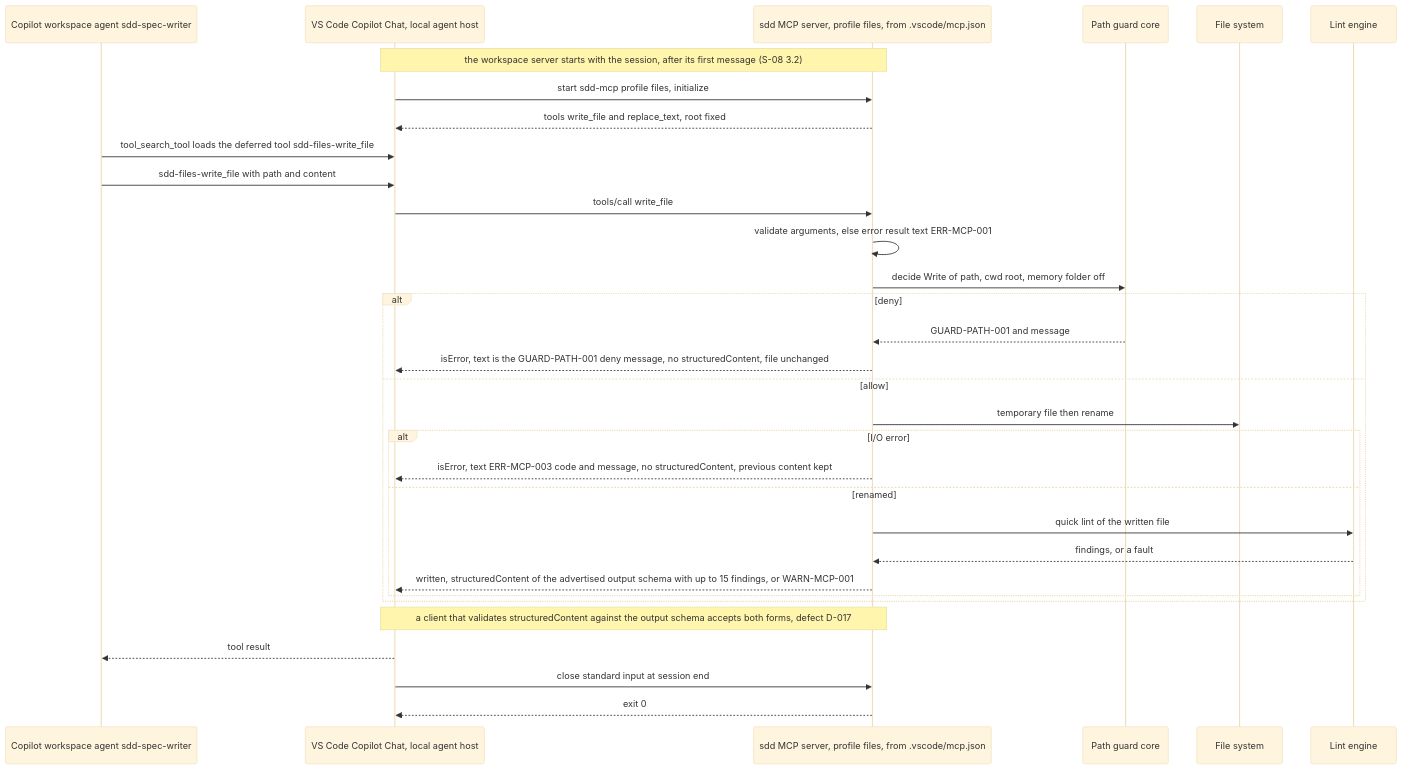
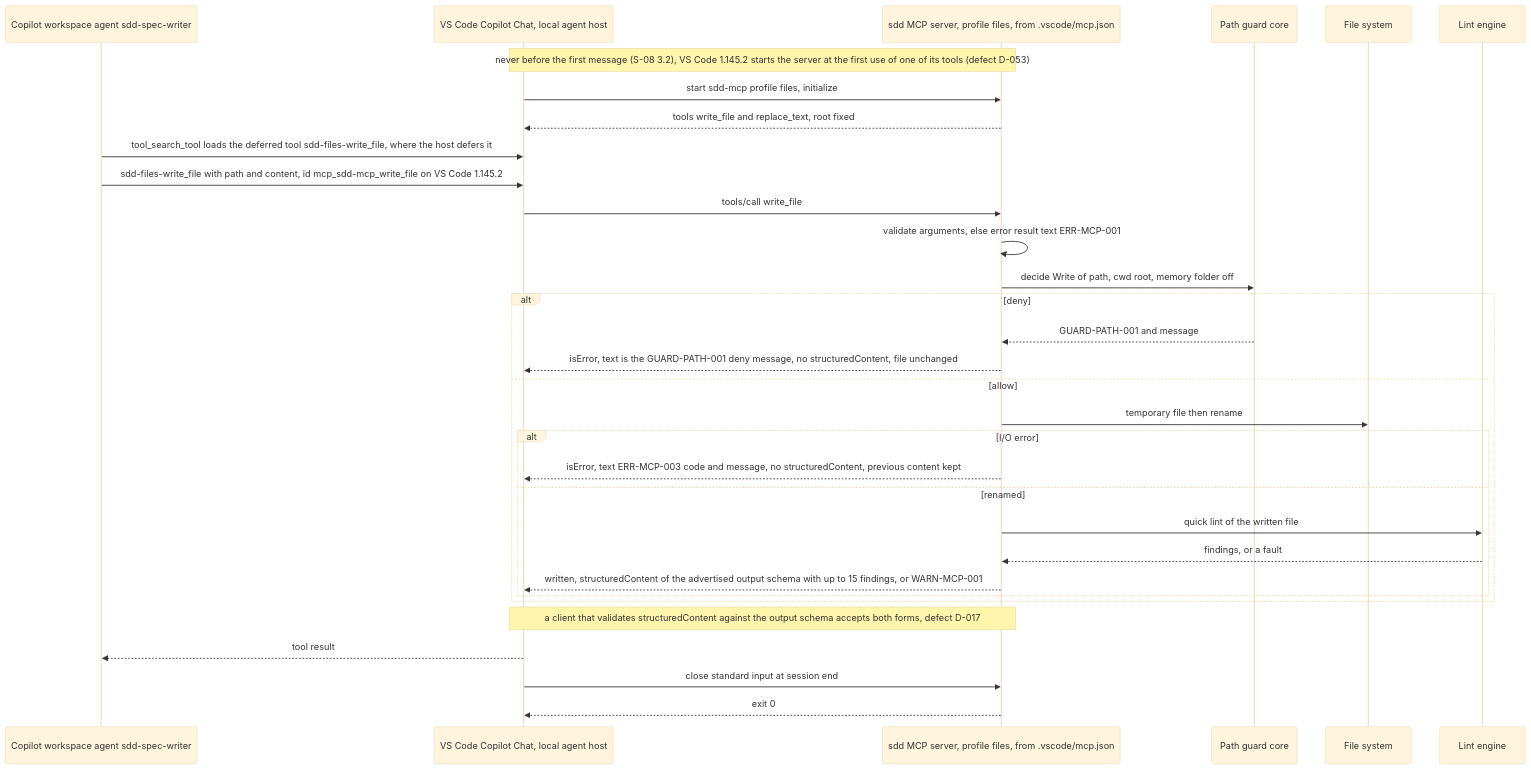
The fourth of 15 diagrams in .sdd/002-multi-platform-targets/10-spec/60-architecture/architecture.md (jlacube/spec-architect), drawn with Mermaid (base theme) before and after one commit. The commit also changed other lines of this file and 55 other files, not shown here.

````diff
--- a/.sdd/002-multi-platform-targets/10-spec/60-architecture/architecture.md
+++ b/.sdd/002-multi-platform-targets/10-spec/60-architecture/architecture.md
@@ -663,35 +700,35 @@
 ```mermaid
 sequenceDiagram
   %% F3 Copilot write through sdd-files. Realizes C002-TS-401 C002-TS-402 C002-TS-404 C002-TS-405 C002-TS-410 C002-TS-413 C002-TS-414 C002-TS-415
   participant C002_COMP_004 as Copilot workspace agent sdd-spec-writer
   participant VSC as VS Code Copilot Chat, local agent host
   participant C002_COMP_005 as sdd MCP server, profile files, from .vscode/mcp.json
   participant C002_COMP_012 as Path guard core
   participant FS as File system
   participant C001_COMP_04 as Lint engine
-  Note over VSC,C002_COMP_005: the workspace server starts with the session, after its first message (S-08 3.2)
+  Note over VSC,C002_COMP_005: never before the first message (S-08 3.2), VS Code 1.145.2 starts the server at the first use of one of its tools (defect D-053)
   VSC->>C002_COMP_005: start sdd-mcp profile files, initialize
   C002_COMP_005-->>VSC: tools write_file and replace_text, root fixed
-  C002_COMP_004->>VSC: tool_search_tool loads the deferred tool sdd-files-write_file
-  C002_COMP_004->>VSC: sdd-files-write_file with path and content
+  C002_COMP_004->>VSC: tool_search_tool loads the deferred tool sdd-files-write_file, where the host defers it
+  C002_COMP_004->>VSC: sdd-files-write_file with path and content, id mcp_sdd-mcp_write_file on VS Code 1.145.2
   VSC->>C002_COMP_005: tools/call write_file
   C002_COMP_005->>C002_COMP_005: validate arguments, else error result text ERR-MCP-001
   C002_COMP_005->>C002_COMP_012: decide Write of path, cwd root, memory folder off
   alt deny
     C002_COMP_012-->>C002_COMP_005: GUARD-PATH-001 and message
     C002_COMP_005-->>VSC: isError, text is the GUARD-PATH-001 deny message, no structuredContent, file unchanged
   else allow
     C002_COMP_005->>FS: temporary file then rename
     alt I/O error
       C002_COMP_005-->>VSC: isError, text ERR-MCP-003 code and message, no structuredContent, previous content kept
     else renamed
       C002_COMP_005->>C001_COMP_04: quick lint of the written file
       C001_COMP_04-->>C002_COMP_005: findings, or a fault
       C002_COMP_005-->>VSC: written, structuredContent of the advertised output schema with up to 15 findings, or WARN-MCP-001
     end
   end
   Note over VSC,C002_COMP_005: a client that validates structuredContent against the output schema accepts both forms, defect D-017
   VSC-->>C002_COMP_004: tool result
   VSC->>C002_COMP_005: close standard input at session end
   C002_COMP_005-->>VSC: exit 0
 ```
````
